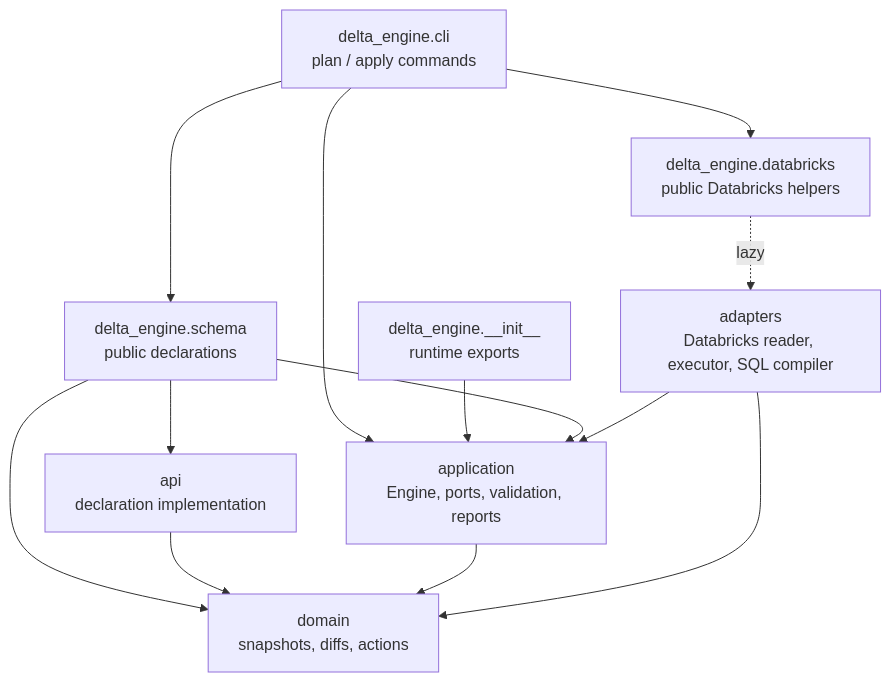
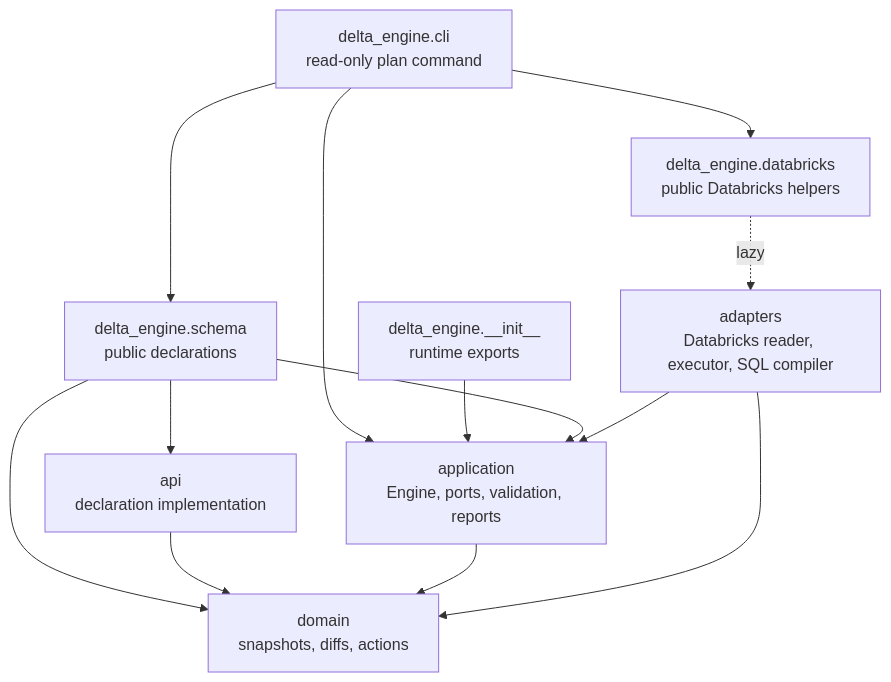
The fourth of 5 diagrams in docs/explanation-architecture.md (Tomoscorbin/delta-engine), drawn with Mermaid before and after one commit. The commit also changed other lines of this file and 24 other files, not shown here.

Commit message:
refactor: narrow CLI to read-only OIDC plans

````diff
--- a/docs/explanation-architecture.md
+++ b/docs/explanation-architecture.md
@@ -310,24 +310,24 @@
 ```mermaid
 flowchart TB
-    CLI[delta_engine.cli<br/>plan / apply commands]
+    CLI[delta_engine.cli<br/>read-only plan command]
     Public[delta_engine.__init__<br/>runtime exports]
     Schema[delta_engine.schema<br/>public declarations]
     Databricks[delta_engine.databricks<br/>public Databricks helpers]
     API[api<br/>declaration implementation]
     App[application<br/>Engine, ports, validation, reports]
     Domain[domain<br/>snapshots, diffs, actions]
     Adapters[adapters<br/>Databricks reader, executor, SQL compiler]
 
     CLI --> Schema
     CLI --> Databricks
     CLI --> App
     Public --> App
     Schema --> API
     Schema --> App
     Schema --> Domain
     Databricks -. lazy .-> Adapters
     API --> Domain
     App --> Domain
     Adapters --> App
     Adapters --> Domain
 ```
````
